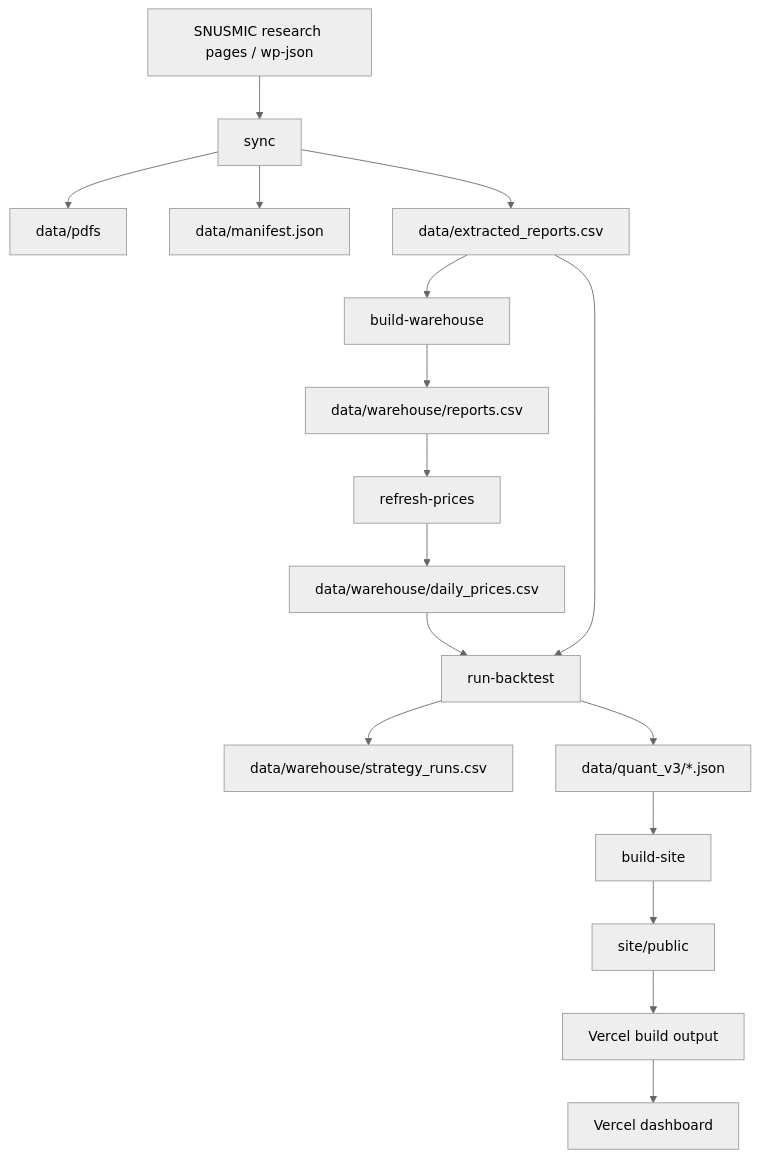
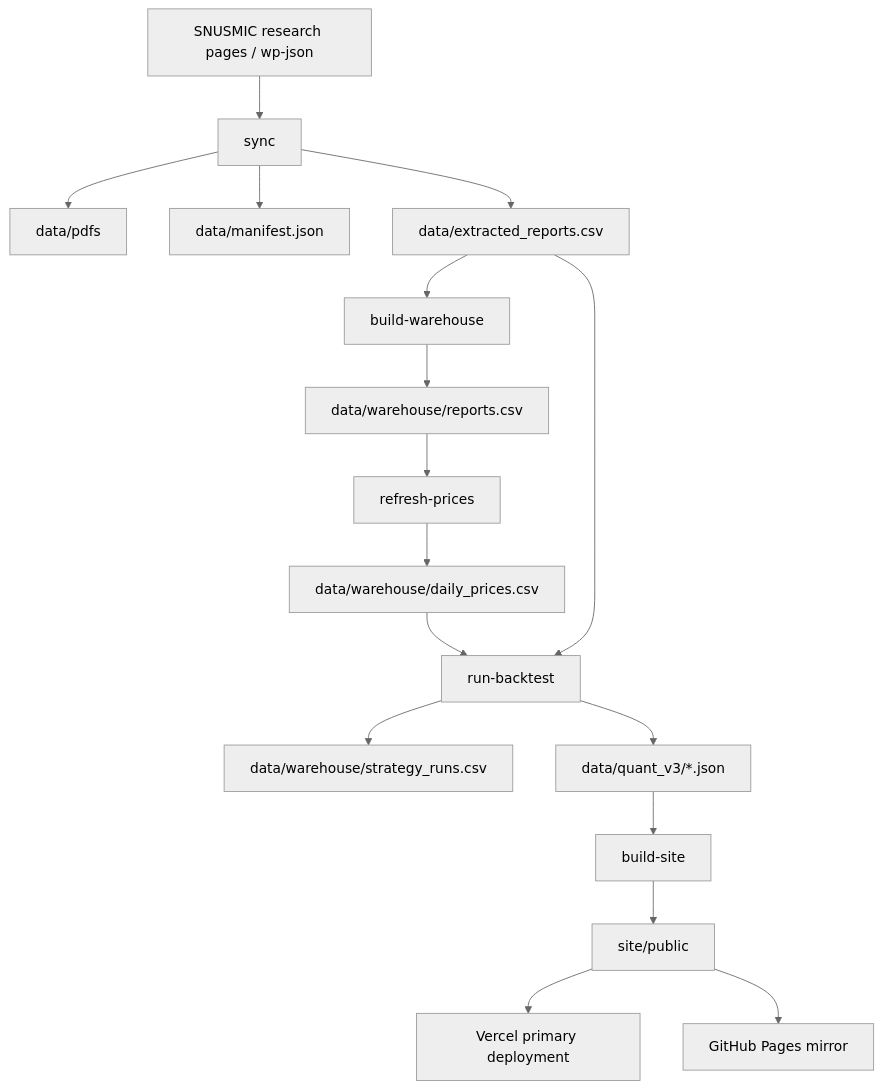
Before and after one commit to ChoiInYeol/snusmic-quant-terminal: the first of 3 diagrams in README.md, drawn with Mermaid (neutral theme). The commit also changed other lines of this file and 7 other files, not shown here.

````diff
--- a/README.md
+++ b/README.md
@@ -38,19 +38,19 @@
 ```mermaid
 flowchart TD
     A["SNUSMIC research pages / wp-json"] --> B["sync"]
     B --> C["data/pdfs"]
     B --> D["data/manifest.json"]
     B --> E["data/extracted_reports.csv"]
     E --> F["build-warehouse"]
     F --> G["data/warehouse/reports.csv"]
     G --> H["refresh-prices"]
     H --> I["data/warehouse/daily_prices.csv"]
     I --> J["run-backtest"]
     E --> J
     J --> K["data/warehouse/strategy_runs.csv"]
     J --> L["data/quant_v3/*.json"]
     L --> M["build-site"]
     M --> N["site/public"]
-    N --> O["Vercel build output"]
-    O --> P["Vercel dashboard"]
+    N --> O["Vercel primary deployment"]
+    N --> P["GitHub Pages mirror"]
 ```
````
